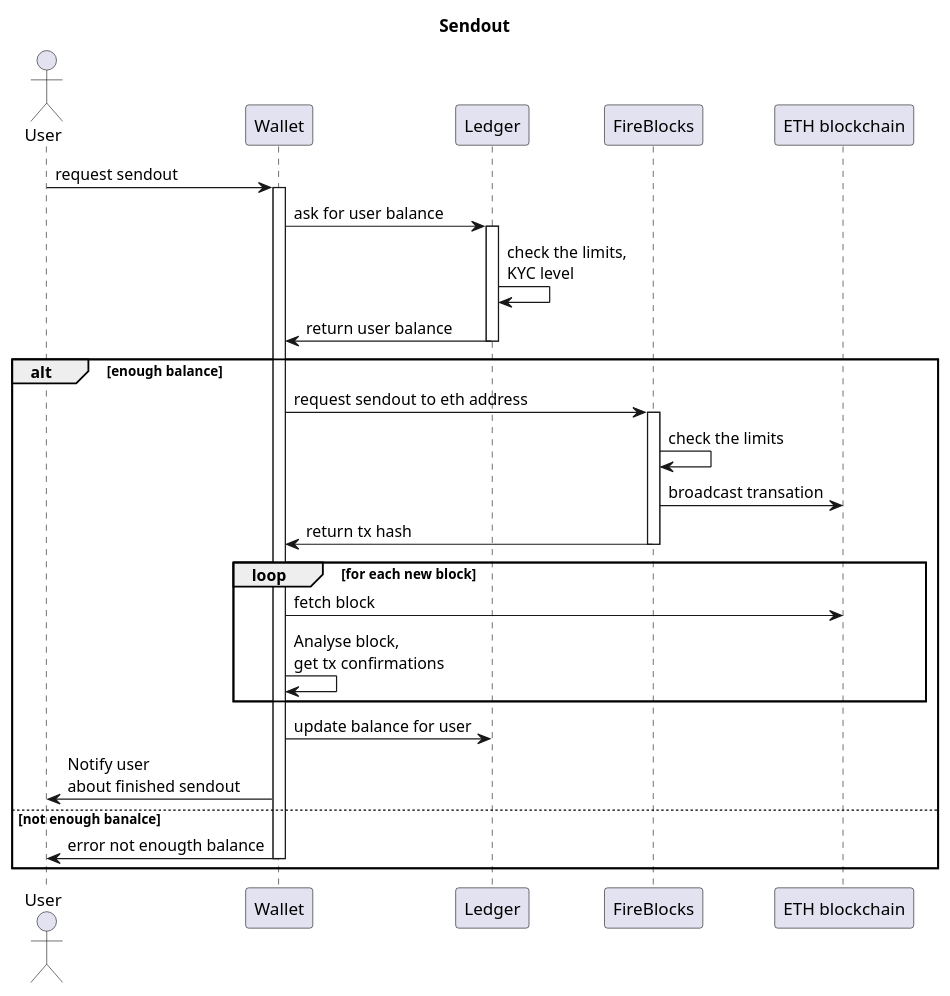
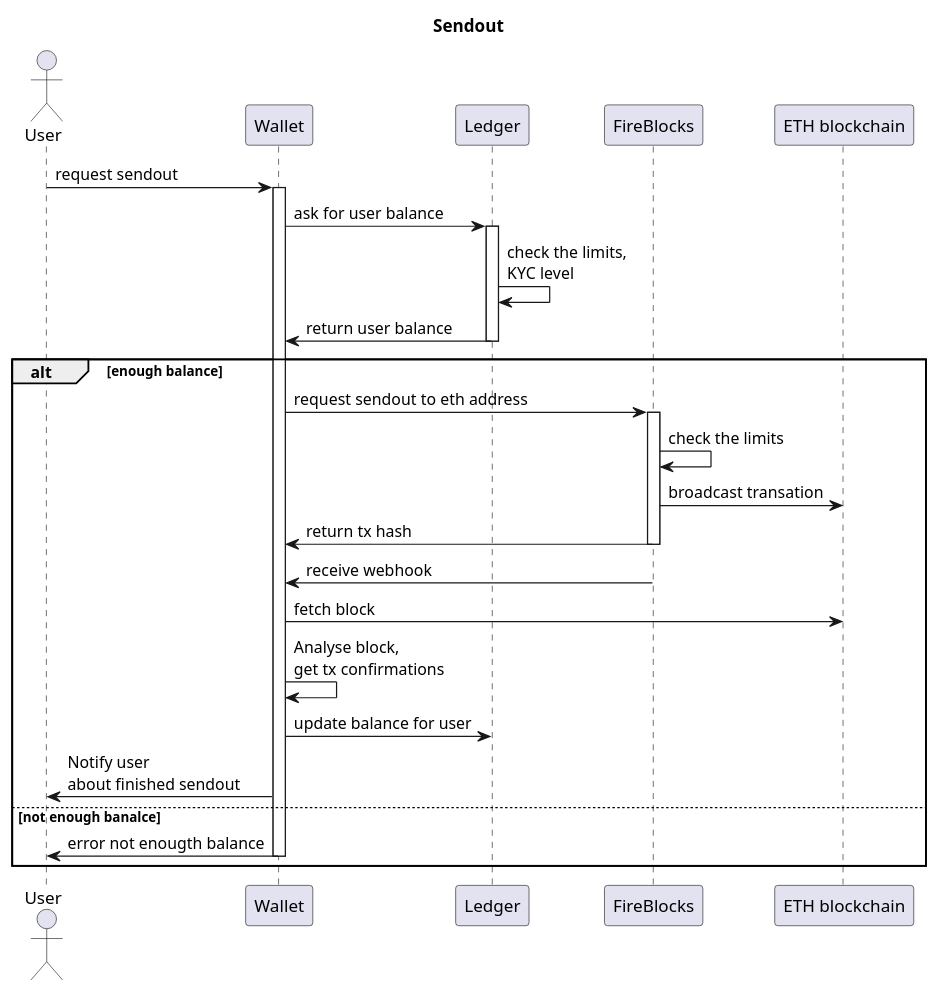
Before and after one commit to localtradersteam/Sequense-Diagrams: the diagram in sendout_sequence.puml, drawn with PlantUML. The commit also changed 1 other file, not shown here.

Commit message:
Update digrams, add wallet components

```diff
--- a/sendout_sequence.puml
+++ b/sendout_sequence.puml
@@ -1,32 +1,32 @@
 @startuml
 
 title "Sendout"
 
 actor "User" as u
 
 participant "Wallet" as wallet
 participant "Ledger" as ledger
 participant "FireBlocks" as fb
 participant "ETH blockchain" as eb
 
 u -> wallet ++: request sendout
 wallet -> ledger++: ask for user balance
 ledger -> ledger : check the limits,\nKYC level
 ledger -> wallet--: return user balance
 
 alt enough balance
 wallet -> fb++: request sendout to eth address
 fb -> fb : check the limits
 fb -> eb: broadcast transation
 fb -> wallet--: return tx hash
-loop for each new block
+
+fb -> wallet: receive webhook
 wallet -> eb: fetch block
 wallet -> wallet: Analyse block,\nget tx confirmations
-end
 wallet -> ledger: update balance for user
 wallet -> u: Notify user\nabout finished sendout
 else not enough banalce
 wallet -> u--: error not enougth balance
 end group
 
 @enduml
```
